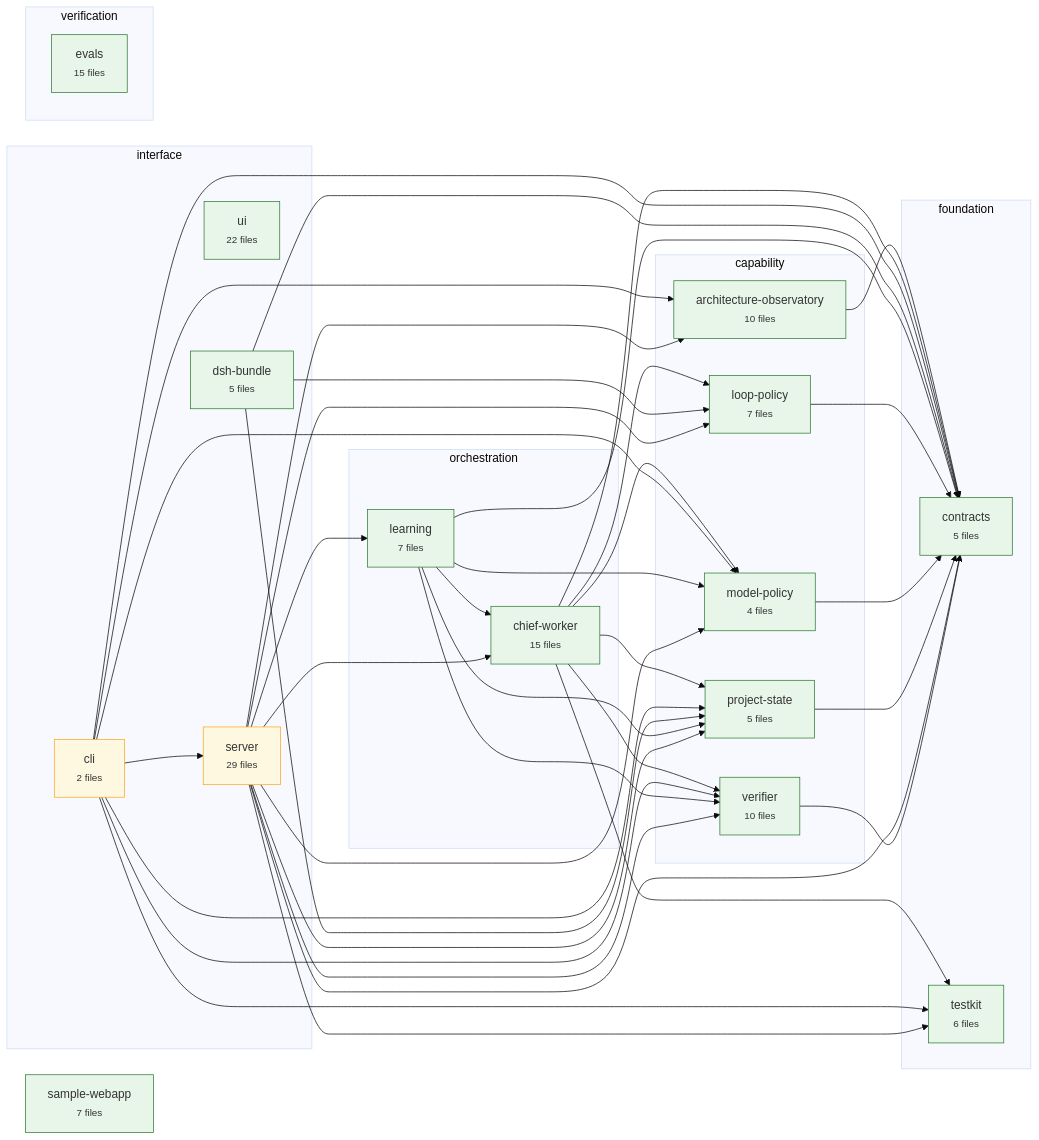
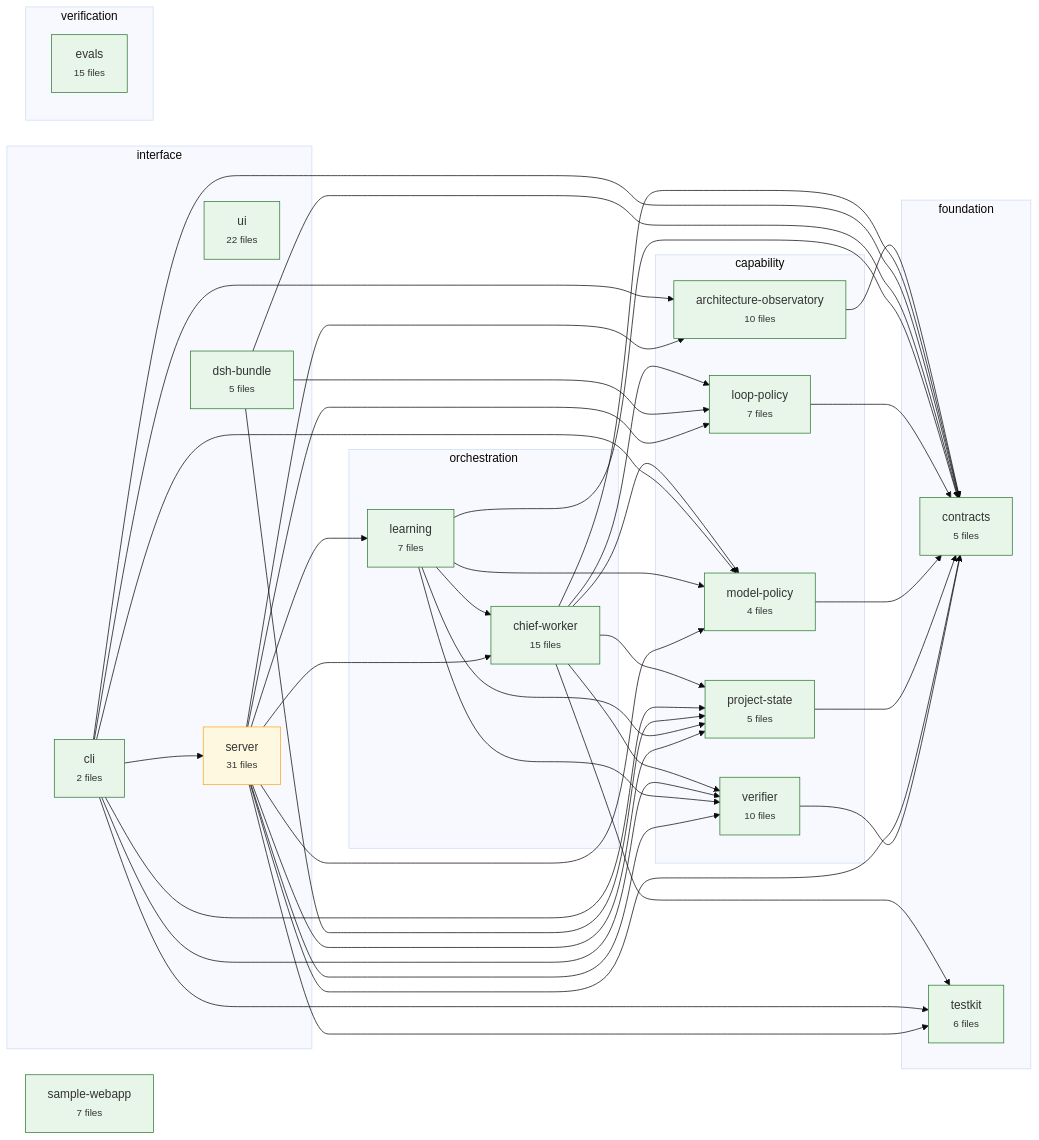
Before and after one commit to CharAzinabulu0079/dgx-super-agent: the diagram in .architecture/graph.mmd, drawn with Mermaid (base theme). The commit also changed 9 other files, not shown here.

```diff
--- a/.architecture/graph.mmd
+++ b/.architecture/graph.mmd
@@ -1,81 +1,81 @@
 flowchart LR
   subgraph layer_foundation["foundation"]
     contracts["contracts<br/><small>5 files</small>"]
     testkit["testkit<br/><small>6 files</small>"]
   end
   subgraph layer_capability["capability"]
     project_state["project-state<br/><small>5 files</small>"]
     verifier["verifier<br/><small>10 files</small>"]
     loop_policy["loop-policy<br/><small>7 files</small>"]
     model_policy["model-policy<br/><small>4 files</small>"]
     architecture_observatory["architecture-observatory<br/><small>10 files</small>"]
   end
   subgraph layer_orchestration["orchestration"]
     learning["learning<br/><small>7 files</small>"]
     chief_worker["chief-worker<br/><small>15 files</small>"]
   end
   subgraph layer_interface["interface"]
-    server["server<br/><small>29 files</small>"]
+    server["server<br/><small>31 files</small>"]
     cli["cli<br/><small>2 files</small>"]
     ui["ui<br/><small>22 files</small>"]
     dsh_bundle["dsh-bundle<br/><small>5 files</small>"]
   end
   subgraph layer_verification["verification"]
     evals["evals<br/><small>15 files</small>"]
   end
   sample_webapp["sample-webapp<br/><small>7 files</small>"]
   architecture_observatory --> contracts
   chief_worker --> contracts
   chief_worker --> loop_policy
   chief_worker --> model_policy
   chief_worker --> project_state
   chief_worker --> testkit
   chief_worker --> verifier
   cli --> architecture_observatory
   cli --> contracts
   cli --> model_policy
   cli --> project_state
   cli --> server
   cli --> testkit
   cli --> verifier
   dsh_bundle --> contracts
   dsh_bundle --> loop_policy
   dsh_bundle --> project_state
   learning --> chief_worker
   learning --> contracts
   learning --> model_policy
   learning --> project_state
   learning --> verifier
   loop_policy --> contracts
   model_policy --> contracts
   project_state --> contracts
   server --> architecture_observatory
   server --> chief_worker
   server --> contracts
   server --> learning
   server --> loop_policy
   server --> model_policy
   server --> project_state
   server --> testkit
   server --> verifier
   verifier --> contracts
   classDef stable fill:#e8f5e9,stroke:#2e7d32
   classDef changing fill:#fff8e1,stroke:#f9a825
   classDef worker_active fill:#e3f2fd,stroke:#1565c0
   classDef gate_failed fill:#ffebee,stroke:#c62828
   classDef protected stroke:#6a1b9a,stroke-width:3px
   class contracts stable
   class testkit stable
   class project_state stable
   class verifier stable
   class loop_policy stable
   class model_policy stable
   class architecture_observatory stable
   class learning stable
   class chief_worker stable
   class server changing
-  class cli changing
+  class cli stable
   class ui stable
   class dsh_bundle stable
   class evals stable
   class sample_webapp stable
```
